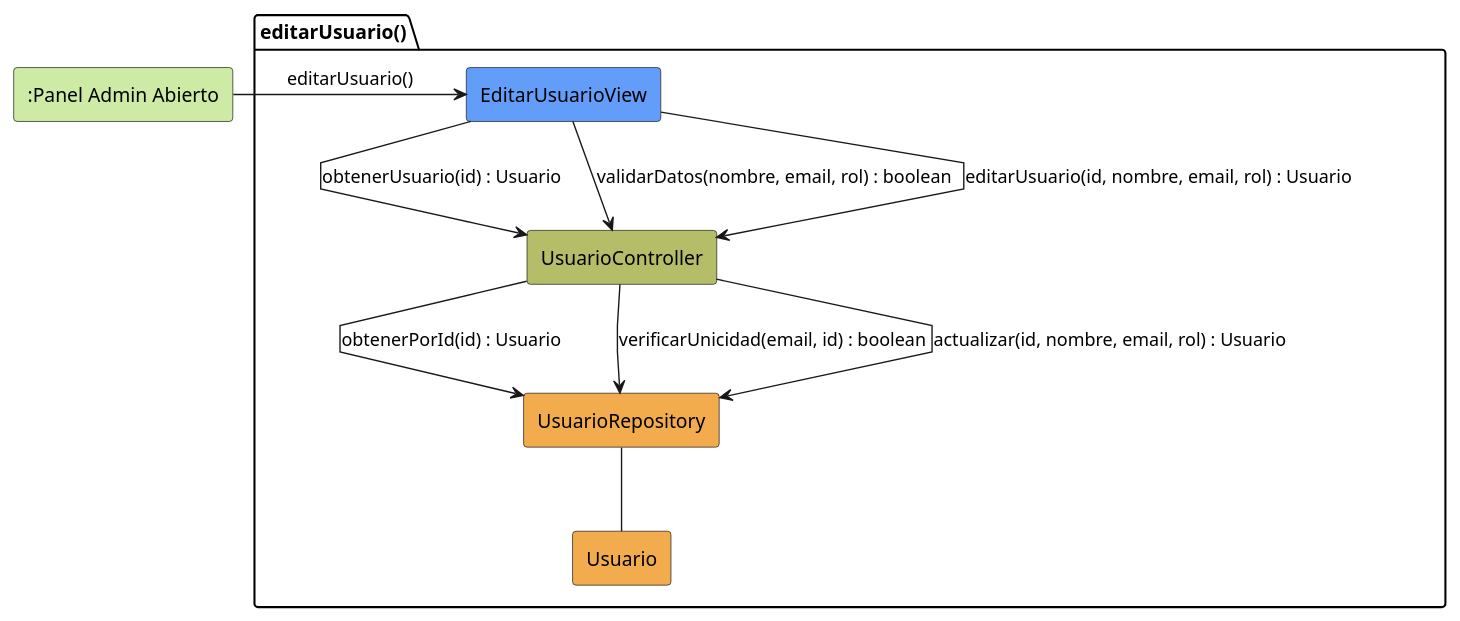
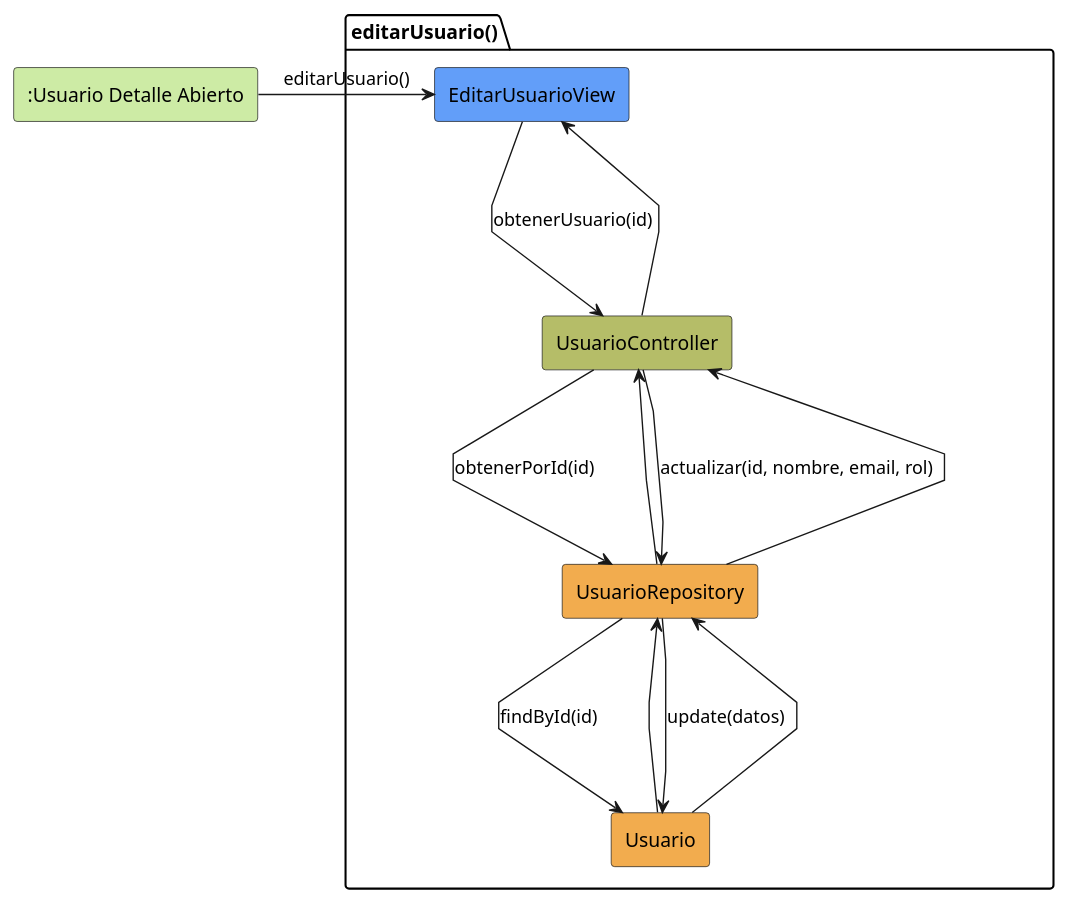
Before and after one commit to jerdier/25-26-idsw2-sdVC: the diagram in modelosUML/analisis/editarUsuario/colaboracion.puml, drawn with PlantUML. The commit also changed 261 other files, not shown here.

```diff
--- a/modelosUML/analisis/editarUsuario/colaboracion.puml
+++ b/modelosUML/analisis/editarUsuario/colaboracion.puml
@@ -1,29 +1,24 @@
 @startuml editarUsuario-analisis
 skinparam linetype polyline
 
-rectangle #CDEBA5 ":Panel Admin Abierto" as PanelAdminAbierto
+rectangle #CDEBA5 ":Usuario Detalle Abierto" as UsuarioDetalleAbierto
 
 package editarUsuario as "editarUsuario()" {
     rectangle #629EF9 EditarUsuarioView
     rectangle #b5bd68 UsuarioController
     rectangle #F2AC4E UsuarioRepository
     rectangle #F2AC4E Usuario
 }
 
-PanelAdminAbierto -r-> EditarUsuarioView: editarUsuario()
-
-EditarUsuarioView -d-> UsuarioController: obtenerUsuario(id) : Usuario
-
-UsuarioController --> UsuarioRepository: obtenerPorId(id) : Usuario
-
-UsuarioRepository -- Usuario
-
-EditarUsuarioView --> UsuarioController: validarDatos(nombre, email, rol) : boolean
-
-UsuarioController --> UsuarioRepository: verificarUnicidad(email, id) : boolean
-
-EditarUsuarioView --> UsuarioController: editarUsuario(id, nombre, email, rol) : Usuario
-
-UsuarioController --> UsuarioRepository: actualizar(id, nombre, email, rol) : Usuario
-
+UsuarioDetalleAbierto -r-> EditarUsuarioView: editarUsuario()
+EditarUsuarioView -d-> UsuarioController: obtenerUsuario(id)
+UsuarioController -d-> UsuarioRepository: obtenerPorId(id)
+UsuarioRepository -d-> Usuario: findById(id)
+Usuario --u-> UsuarioRepository
+UsuarioRepository --u-> UsuarioController
+UsuarioController -d-> UsuarioRepository: actualizar(id, nombre, email, rol)
+UsuarioRepository -d-> Usuario: update(datos)
+Usuario --u-> UsuarioRepository
+UsuarioRepository --u-> UsuarioController
+UsuarioController --u-> EditarUsuarioView
 @enduml
```
